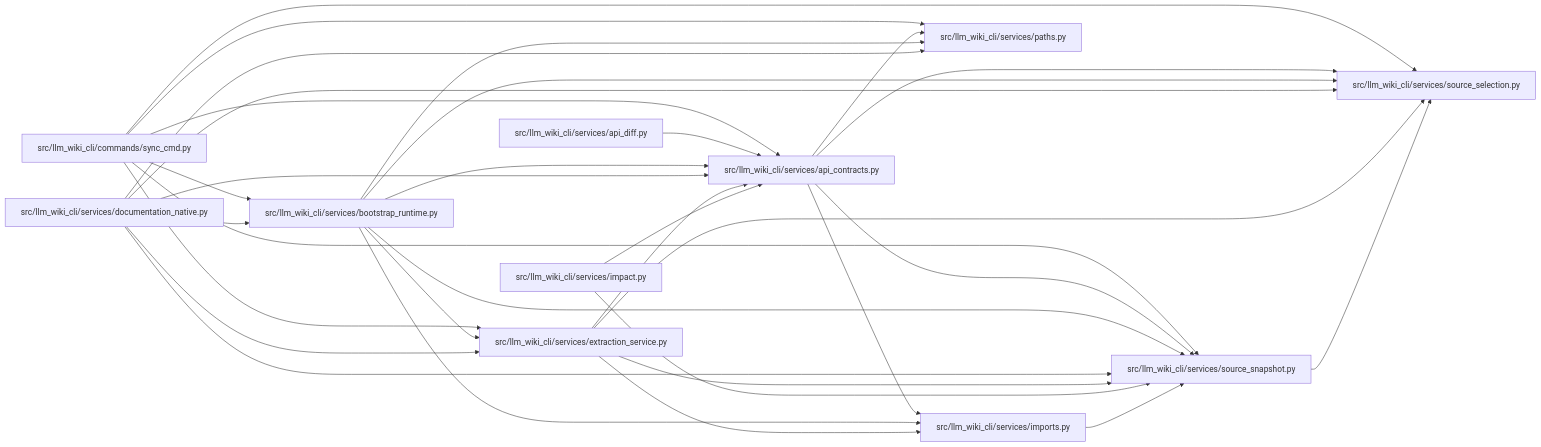
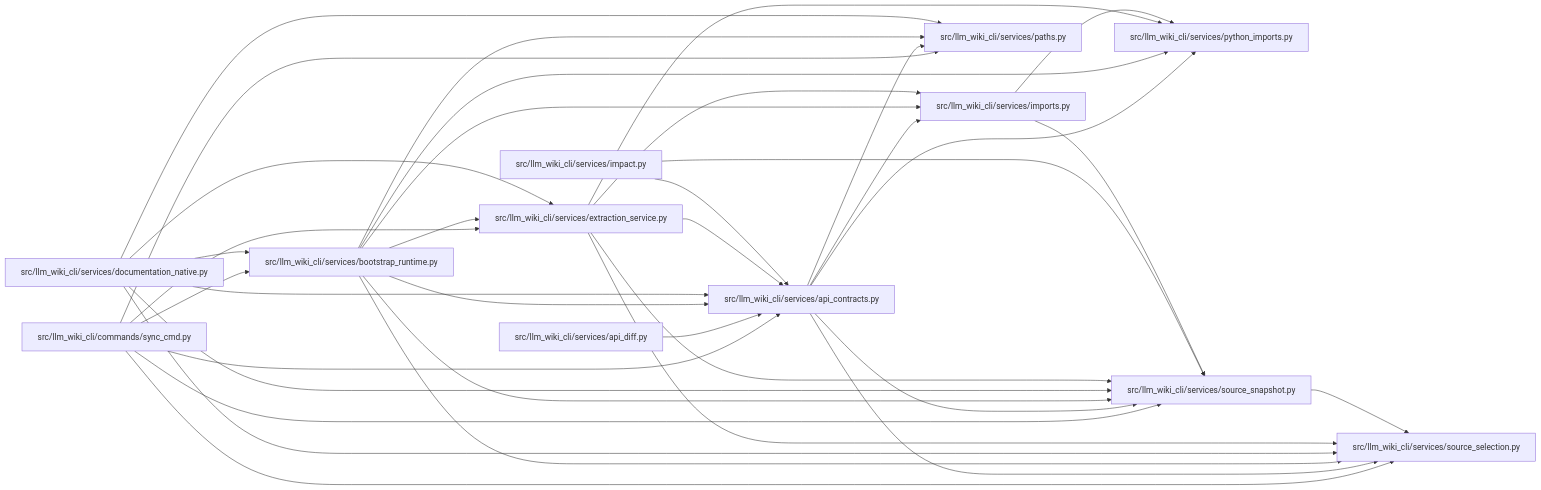
One commit to Denissvgn/python-wiki-llm changed the diagram in docs/llm_wiki/modules/api_contracts.md. Above: the diagram before and after it, drawn with Mermaid. The commit also changed other lines of this file and 631 other files, not shown here.

Commit message:
docs(wiki): refresh scoped imports and module binding boundaries

````diff
--- a/docs/llm_wiki/modules/api_contracts.md
+++ b/docs/llm_wiki/modules/api_contracts.md
@@ -37,56 +40,62 @@
 ```mermaid
 flowchart LR
     n0["src/llm_wiki_cli/commands/sync_cmd.py"]
     n1["src/llm_wiki_cli/services/api_contracts.py"]
     n2["src/llm_wiki_cli/services/api_diff.py"]
     n3["src/llm_wiki_cli/services/bootstrap_runtime.py"]
     n4["src/llm_wiki_cli/services/documentation_native.py"]
     n5["src/llm_wiki_cli/services/extraction_service.py"]
     n6["src/llm_wiki_cli/services/impact.py"]
     n7["src/llm_wiki_cli/services/imports.py"]
     n8["src/llm_wiki_cli/services/paths.py"]
-    n9["src/llm_wiki_cli/services/source_selection.py"]
-    n10["src/llm_wiki_cli/services/source_snapshot.py"]
+    n9["src/llm_wiki_cli/services/python_imports.py"]
+    n10["src/llm_wiki_cli/services/source_selection.py"]
+    n11["src/llm_wiki_cli/services/source_snapshot.py"]
     n0 --> n1
     n0 --> n3
     n0 --> n5
     n0 --> n8
-    n0 --> n9
     n0 --> n10
+    n0 --> n11
     n1 --> n7
     n1 --> n8
     n1 --> n9
     n1 --> n10
+    n1 --> n11
     n2 --> n1
     n3 --> n1
     n3 --> n5
     n3 --> n7
     n3 --> n8
     n3 --> n9
     n3 --> n10
+    n3 --> n11
     n4 --> n1
     n4 --> n3
     n4 --> n5
     n4 --> n8
-    n4 --> n9
     n4 --> n10
+    n4 --> n11
     n5 --> n1
     n5 --> n7
     n5 --> n9
     n5 --> n10
+    n5 --> n11
     n6 --> n1
-    n6 --> n10
-    n7 --> n10
-    n10 --> n9
+    n6 --> n11
+    n7 --> n9
+    n7 --> n11
+    n11 --> n10
     click n0 "../modules/sync_cmd.md"
     click n1 "../modules/api_contracts.md"
     click n2 "../modules/api_diff.md"
     click n3 "../modules/bootstrap_runtime.md"
     click n4 "../modules/documentation_native.md"
     click n5 "../modules/extraction_service.md"
     click n6 "../modules/impact.md"
     click n7 "../modules/imports.md"
     click n8 "../modules/paths.md"
-    click n9 "../modules/source_selection.md"
-    click n10 "../modules/source_snapshot.md"
+    click n9 "../modules/python_imports.md"
+    click n10 "../modules/source_selection.md"
+    click n11 "../modules/source_snapshot.md"
 ```
````
